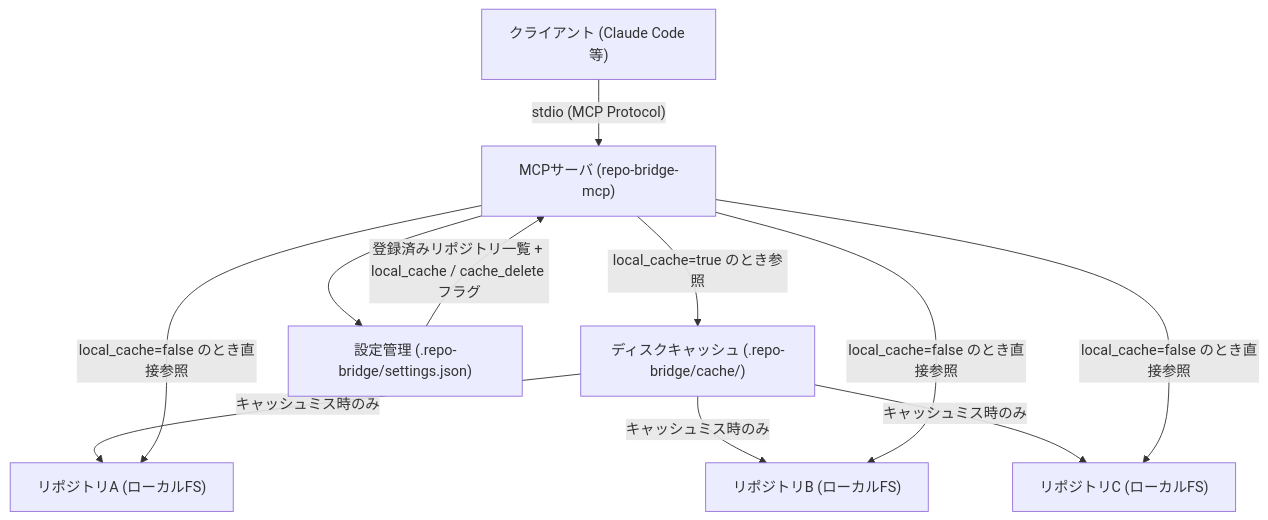
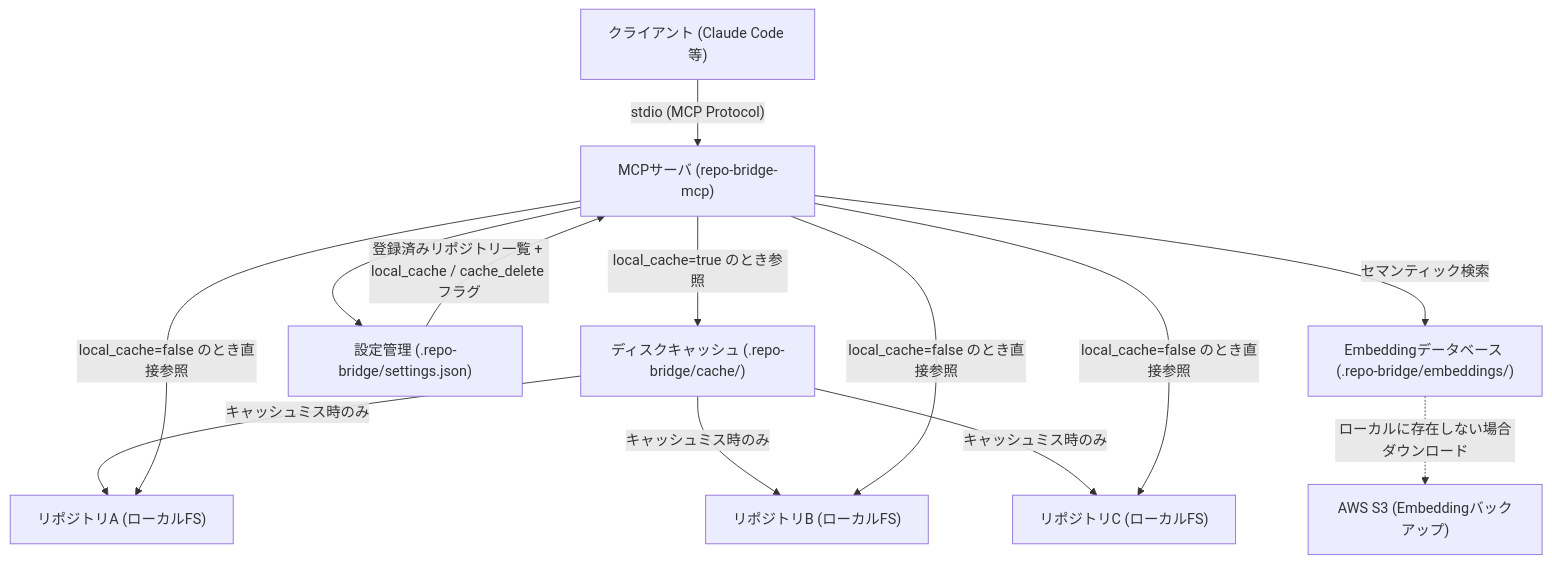
The first of 3 diagrams in docs/design.md (HatoriIchigo/repo-bridge-mcp), drawn with Mermaid before and after one commit. The commit also changed other lines of this file and 4 other files, not shown here.

````diff
--- a/docs/design.md
+++ b/docs/design.md
@@ -13,21 +13,25 @@
 ```mermaid
 graph TD
   Client["クライアント (Claude Code 等)"]
   MCP["MCPサーバ (repo-bridge-mcp)"]
   Cache["ディスクキャッシュ (.repo-bridge/cache/)"]
   Config["設定管理 (.repo-bridge/settings.json)"]
   Repo1["リポジトリA (ローカルFS)"]
   Repo2["リポジトリB (ローカルFS)"]
   Repo3["リポジトリC (ローカルFS)"]
+  EmbedDB["Embeddingデータベース (.repo-bridge/embeddings/)"]
+  S3["AWS S3 (Embeddingバックアップ)"]
 
   Client -->|"stdio (MCP Protocol)"| MCP
   MCP --> Config
   Config -->|"登録済みリポジトリ一覧 + local_cache / cache_delete フラグ"| MCP
   MCP -->|"local_cache=true のとき参照"| Cache
   Cache -->|"キャッシュミス時のみ"| Repo1
   Cache -->|"キャッシュミス時のみ"| Repo2
   Cache -->|"キャッシュミス時のみ"| Repo3
   MCP -->|"local_cache=false のとき直接参照"| Repo1
   MCP -->|"local_cache=false のとき直接参照"| Repo2
   MCP -->|"local_cache=false のとき直接参照"| Repo3
+  MCP -->|"セマンティック検索"| EmbedDB
+  EmbedDB -.->|"ローカルに存在しない場合ダウンロード"| S3
 ```
````
